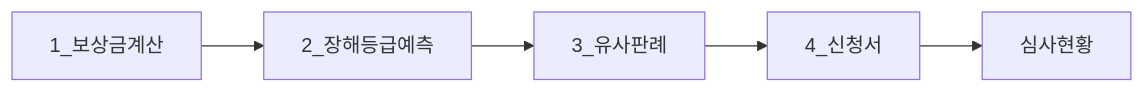
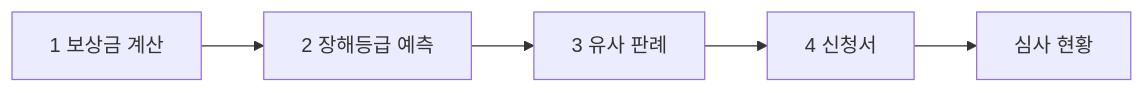
The diagram in README.md (JJutron/Work-IT), drawn with Mermaid before and after one commit. The commit also changed other lines of this file and 41 other files, not shown here.

````diff
--- a/README.md
+++ b/README.md
@@ -20,9 +59,9 @@
 ```mermaid
 flowchart LR
-  calc[1_보상금계산]
-  grade[2_장해등급예측]
-  caseSearch[3_유사판례]
-  apply[4_신청서]
-  statusPage[심사현황]
-  calc --> grade --> caseSearch --> apply --> statusPage
+  calc[1 보상금 계산]
+  grade[2 장해등급 예측]
+  cases[3 유사 판례]
+  apply[4 신청서]
+  statusPage[심사 현황]
+  calc --> grade --> cases --> apply --> statusPage
 ```
````
